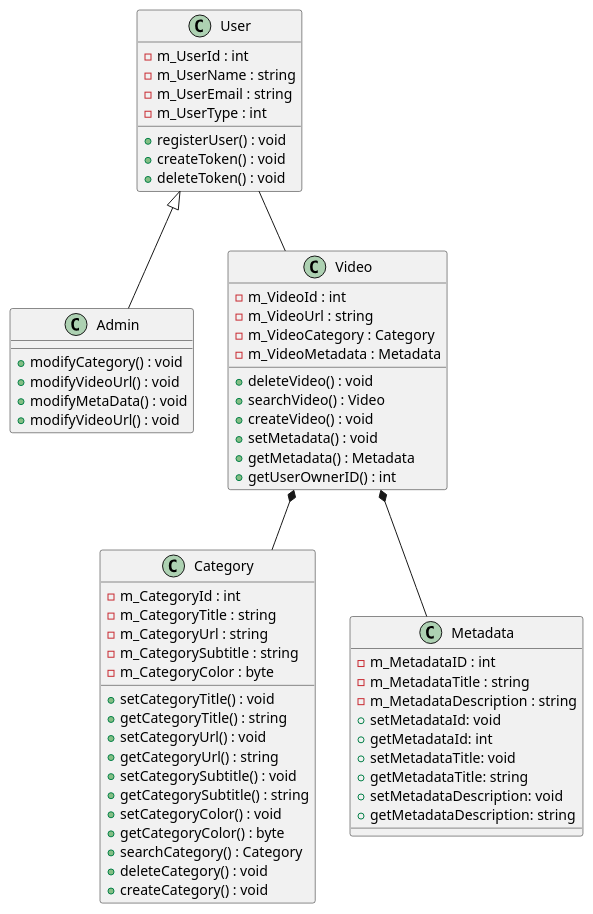
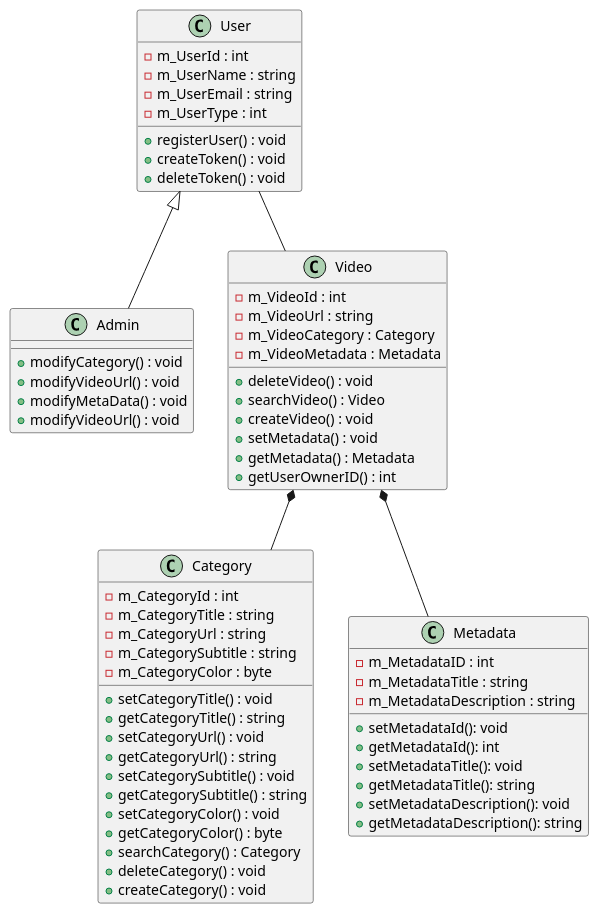
The diagram in Artefatos/Diagramas/ClassDiagram.puml (MurylloEx/DevFlix-PSW), drawn with PlantUML before and after one commit.

```diff
--- a/Artefatos/Diagramas/ClassDiagram.puml
+++ b/Artefatos/Diagramas/ClassDiagram.puml
@@ -1,67 +1,67 @@
 @startuml
 
 class User {
     -m_UserId : int
     -m_UserName : string
     -m_UserEmail : string
     -m_UserType : int
     +registerUser() : void
     +createToken() : void
     +deleteToken() : void
 }
 
 class Admin {
     +modifyCategory() : void
     +modifyVideoUrl() : void
     +modifyMetaData() : void
     +modifyVideoUrl() : void
 }
 
 class Category {
     -m_CategoryId : int
     -m_CategoryTitle : string
     -m_CategoryUrl : string
     -m_CategorySubtitle : string
     -m_CategoryColor : byte
     +setCategoryTitle() : void
     +getCategoryTitle() : string
     +setCategoryUrl() : void
     +getCategoryUrl() : string
     +setCategorySubtitle() : void
     +getCategorySubtitle() : string
     +setCategoryColor() : void
     +getCategoryColor() : byte
     +searchCategory() : Category
     +deleteCategory() : void
     +createCategory() : void
 }
 
 class Video {
     -m_VideoId : int
     -m_VideoUrl : string
     -m_VideoCategory : Category
     -m_VideoMetadata : Metadata
     +deleteVideo() : void
     +searchVideo() : Video
     +createVideo() : void
     +setMetadata() : void
     +getMetadata() : Metadata
     +getUserOwnerID() : int
 }
 class Metadata{
     -m_MetadataID : int
     -m_MetadataTitle : string
     -m_MetadataDescription : string
-    +setMetadataId: void
-    +getMetadataId: int
-    +setMetadataTitle: void
-    +getMetadataTitle: string
-    +setMetadataDescription: void
-    +getMetadataDescription: string
+    +setMetadataId(): void
+    +getMetadataId(): int
+    +setMetadataTitle(): void
+    +getMetadataTitle(): string
+    +setMetadataDescription(): void
+    +getMetadataDescription(): string
 }
 
 User -- Video
 User <|-- Admin
 Video *-- Metadata
 Video *-- Category
 @endtuml
```
